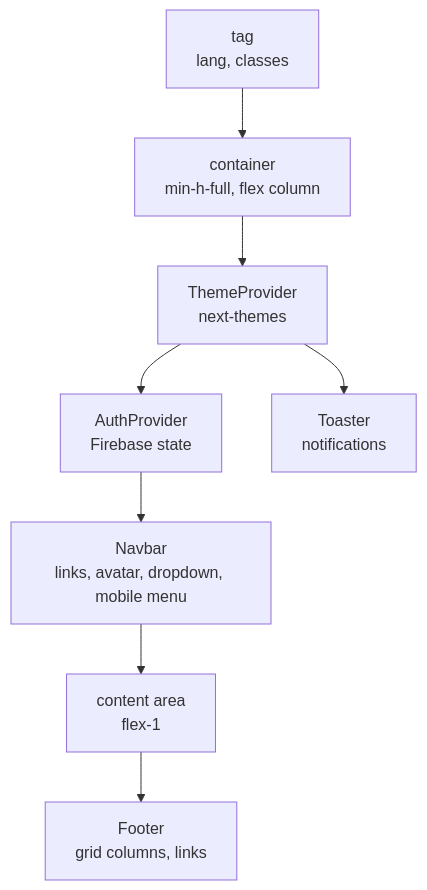
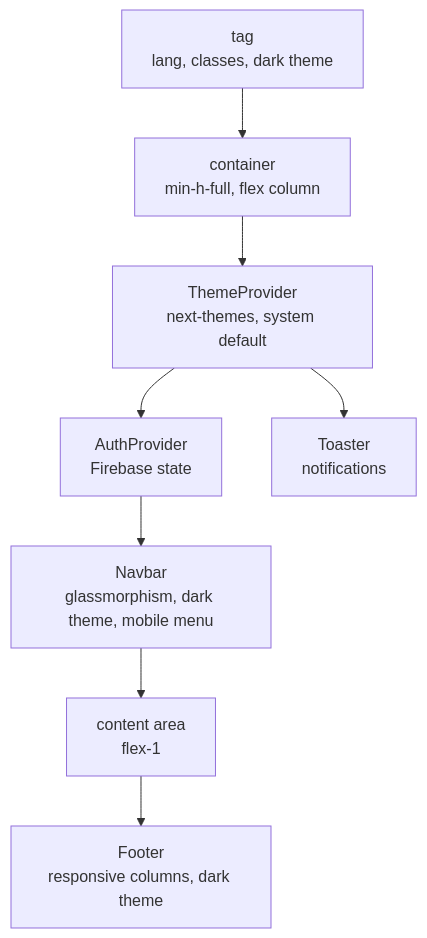
Before and after one commit to alikizang/datafrica: the second of 8 diagrams in .qoder/repowiki/en/content/UI Components/Layout Components.md, drawn with Mermaid. The commit also changed other lines of this file and 15 other files, not shown here.

````diff
--- a/.qoder/repowiki/en/content/UI Components/Layout Components.md
+++ b/.qoder/repowiki/en/content/UI Components/Layout Components.md
@@ -104,10 +117,10 @@
 ```mermaid
 graph TB
-HTML["<html> tag<br/>lang, classes"] --> BODY["<body> container<br/>min-h-full, flex column"]
-BODY --> THEME["ThemeProvider<br/>next-themes"]
+HTML["<html> tag<br/>lang, classes, dark theme"] --> BODY["<body> container<br/>min-h-full, flex column"]
+BODY --> THEME["ThemeProvider<br/>next-themes, system default"]
 THEME --> AUTH["AuthProvider<br/>Firebase state"]
-AUTH --> NAV["Navbar<br/>links, avatar, dropdown, mobile menu"]
+AUTH --> NAV["Navbar<br/>glassmorphism, dark theme, mobile menu"]
 NAV --> MAIN["<main> content area<br/>flex-1"]
-MAIN --> FOOTER["Footer<br/>grid columns, links"]
+MAIN --> FOOTER["Footer<br/>responsive columns, dark theme"]
 THEME --> TOAST["Toaster<br/>notifications"]
 ```
````
